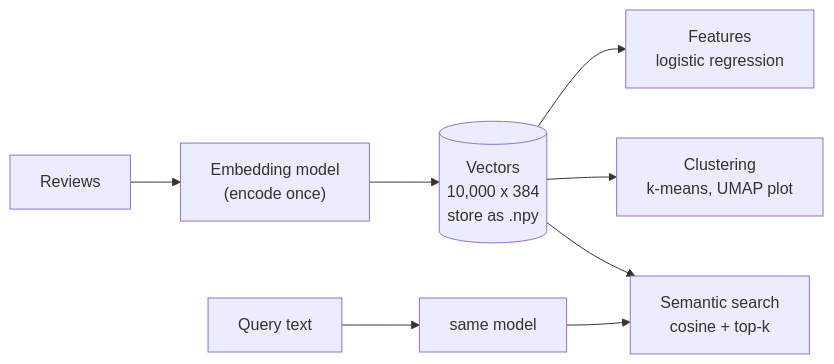
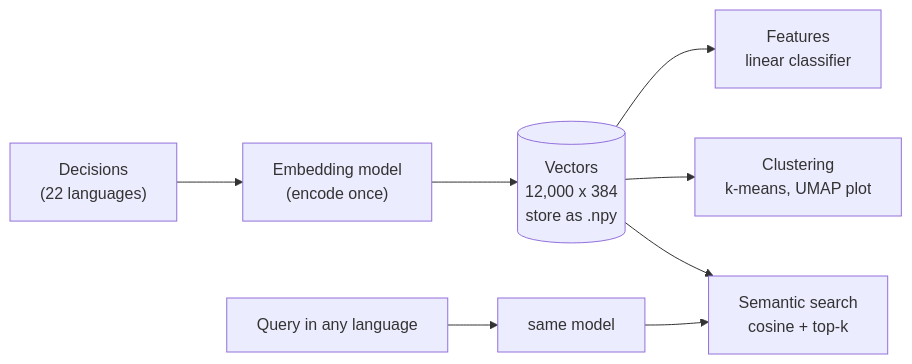
Before and after one commit to khoadaniel/statistical-programming-mpmd-htw-ws-2026: the diagram in sessions/14-llms-and-embeddings/theory/02-applications-of-embeddings.md, drawn with Mermaid. The commit also changed other lines of this file and 268 other files, not shown here.

````diff
--- a/sessions/14-llms-and-embeddings/theory/02-applications-of-embeddings.md
+++ b/sessions/14-llms-and-embeddings/theory/02-applications-of-embeddings.md
@@ -7,9 +7,9 @@
 ```mermaid
 flowchart LR
-    R["Reviews"] --> M["Embedding model<br/>(encode once)"]
-    M --> E[("Vectors<br/>10,000 x 384<br/>store as .npy")]
+    R["Decisions<br/>(22 languages)"] --> M["Embedding model<br/>(encode once)"]
+    M --> E[("Vectors<br/>12,000 x 384<br/>store as .npy")]
     E --> S["Semantic search<br/>cosine + top-k"]
     E --> C["Clustering<br/>k-means, UMAP plot"]
-    E --> F["Features<br/>logistic regression"]
-    Q["Query text"] --> M2["same model"] --> S
+    E --> F["Features<br/>linear classifier"]
+    Q["Query in any language"] --> M2["same model"] --> S
 ```
````
